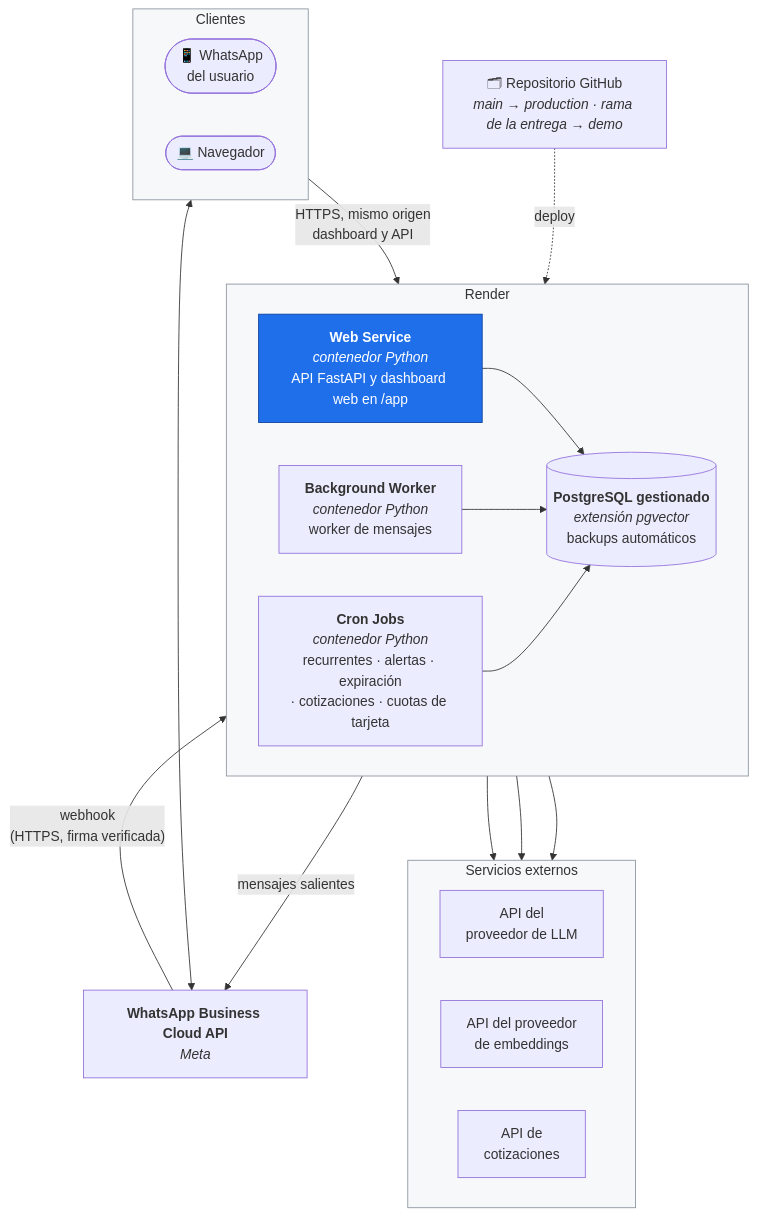
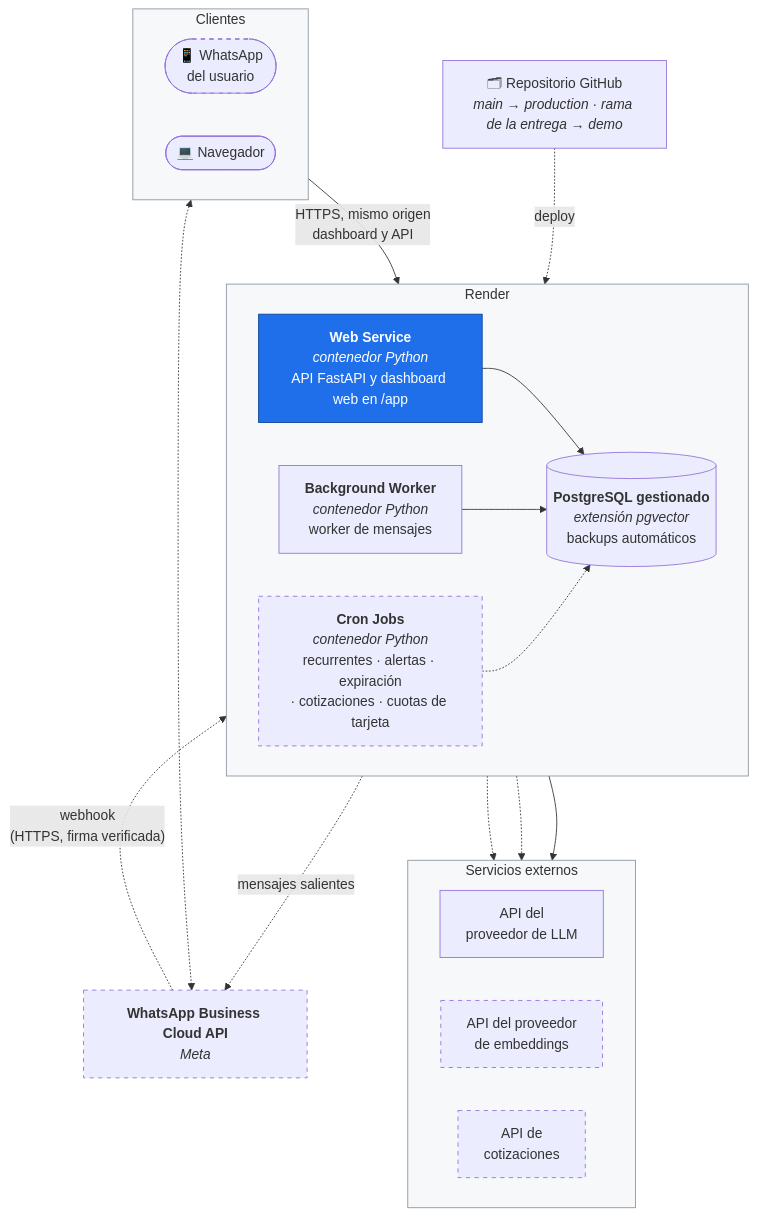
One commit to verozacarias-prog/AI4Devs-finalproject changed the fourth of 4 diagrams in docs/02-arquitectura.md. Above: the diagram before and after it, drawn with Mermaid. The commit also changed other lines of this file and 4 other files, not shown here.

First line of the commit message:
docs(diagramas): alineados con el código, y lo que todavía no existe queda marcado como diseño

````diff
--- a/docs/02-arquitectura.md
+++ b/docs/02-arquitectura.md
@@ -267,43 +289,48 @@
 ```mermaid
 flowchart TB
     subgraph CLIENTES["Clientes"]
         direction LR
         PHONE(["📱 WhatsApp<br/>del usuario"])
         BROWSER(["💻 Navegador"])
     end
 
     DEV["🗂 Repositorio GitHub<br/><i>main → production · rama de la entrega → demo</i>"]
     WACLOUD["<b>WhatsApp Business Cloud API</b><br/><i>Meta</i>"]
 
     subgraph RENDER["Render"]
         direction LR
         WEBSVC["<b>Web Service</b><br/><i>contenedor Python</i><br/>API FastAPI y dashboard web en /app"]
         BGW["<b>Background Worker</b><br/><i>contenedor Python</i><br/>worker de mensajes"]
         CRON["<b>Cron Jobs</b><br/><i>contenedor Python</i><br/>recurrentes · alertas · expiración<br/>· cotizaciones · cuotas de tarjeta"]
         PG[("<b>PostgreSQL gestionado</b><br/><i>extensión pgvector</i><br/>backups automáticos")]
     end
 
     subgraph EXT["Servicios externos"]
         direction LR
         LLMAPI["API del<br/>proveedor de LLM"]
         EMBAPI["API del proveedor<br/>de embeddings"]
         FXAPI["API de<br/>cotizaciones"]
     end
 
-    PHONE <--> WACLOUD
+    PHONE <-.-> WACLOUD
     BROWSER -->|"HTTPS, mismo origen<br/>dashboard y API"| WEBSVC
     DEV -.->|"deploy"| RENDER
-    WACLOUD -->|"webhook<br/>(HTTPS, firma verificada)"| WEBSVC
-    BGW -->|"mensajes salientes"| WACLOUD
+    WACLOUD -.->|"webhook<br/>(HTTPS, firma verificada)"| WEBSVC
+    BGW -.->|"mensajes salientes"| WACLOUD
     WEBSVC --> PG
     BGW --> PG
     BGW --> LLMAPI
-    BGW --> EMBAPI
-    CRON --> PG
-    CRON --> FXAPI
+    BGW -.-> EMBAPI
+    CRON -.-> PG
+    CRON -.-> FXAPI
 
     style WEBSVC fill:#1f6feb,stroke:#0d419d,color:#fff
     style RENDER fill:#f6f8fa,stroke:#8b949e
     style EXT fill:#f6f8fa,stroke:#8b949e
     style CLIENTES fill:#f6f8fa,stroke:#8b949e
+    style PHONE stroke-dasharray: 5 5
+    style WACLOUD stroke-dasharray: 5 5
+    style CRON stroke-dasharray: 5 5
+    style EMBAPI stroke-dasharray: 5 5
+    style FXAPI stroke-dasharray: 5 5
 ```
````
